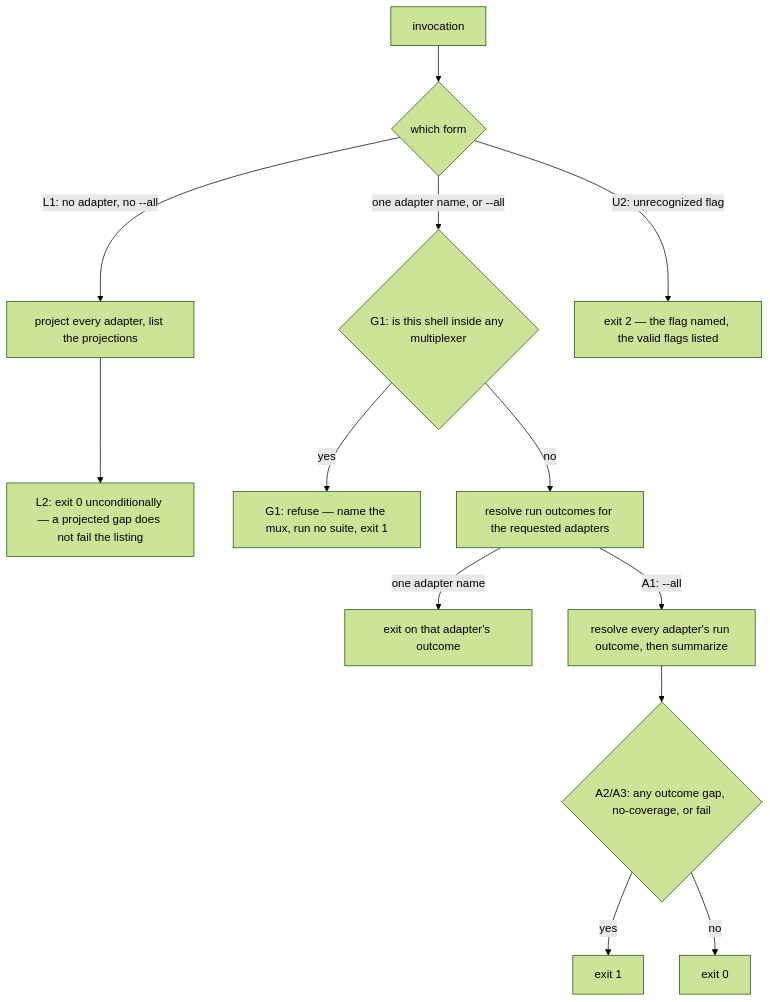
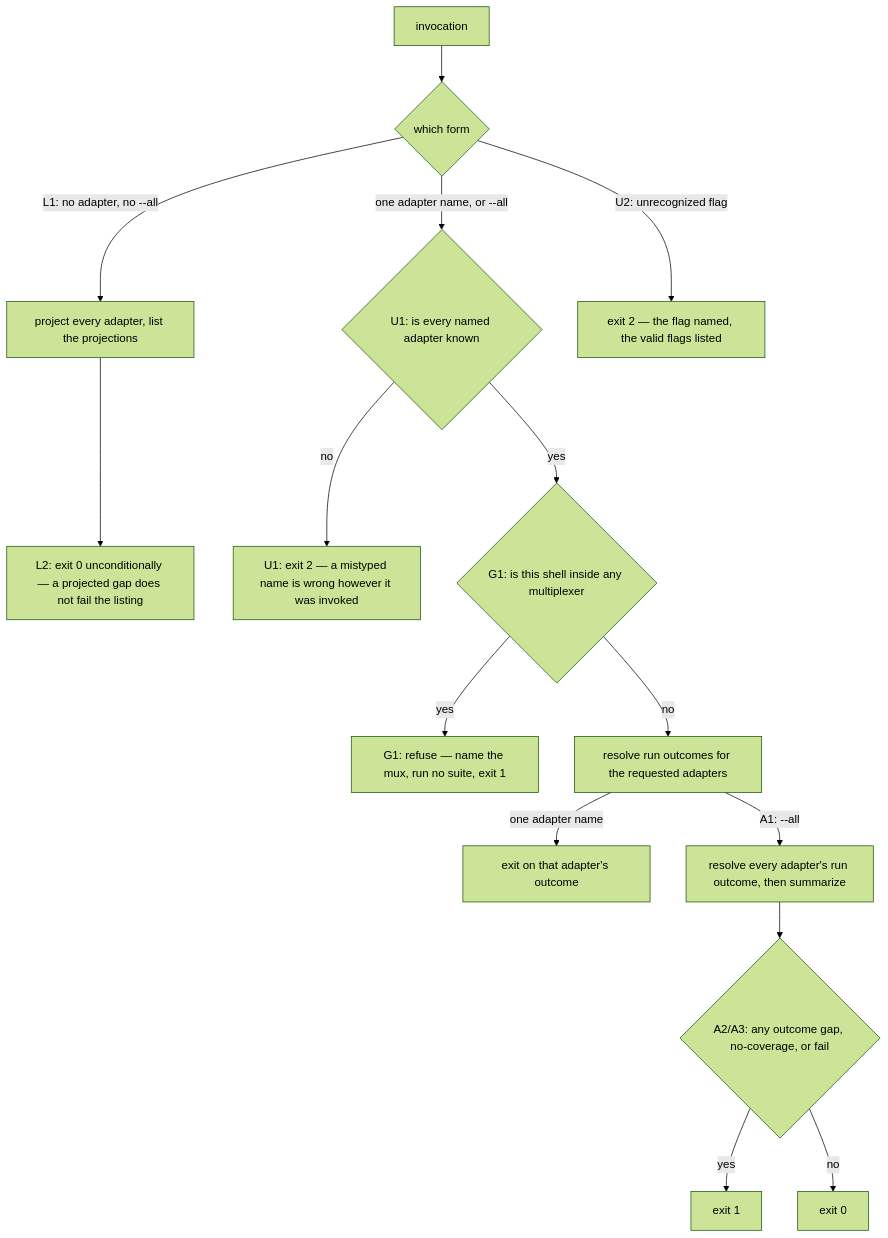
One commit to cyberuni/cyber-mux changed the fourth of 4 diagrams in packages/cyber-mux/.agents/spec/conformance/README.md. Above: the diagram before and after it, drawn with Mermaid (forest theme). The commit also changed other lines of this file and 4 other files, not shown here.

````diff
--- a/packages/cyber-mux/.agents/spec/conformance/README.md
+++ b/packages/cyber-mux/.agents/spec/conformance/README.md
@@ -225,15 +225,17 @@
 ```mermaid
 graph TD
   ARGS["invocation"] --> M{"which form"}
   M -->|"L1: no adapter, no --all"| LIST["project every adapter, list the projections"]
   LIST --> L2["L2: exit 0 unconditionally — a projected gap does not fail the listing"]
-  M -->|"one adapter name, or --all"| G{"G1: is this shell inside any multiplexer"}
+  M -->|"one adapter name, or --all"| U1{"U1: is every named adapter known"}
+  U1 -->|"no"| UNKNOWN["U1: exit 2 — a mistyped name is wrong however it was invoked"]
+  U1 -->|"yes"| G{"G1: is this shell inside any multiplexer"}
   G -->|"yes"| REFUSE["G1: refuse — name the mux, run no suite, exit 1"]
   G -->|"no"| ONE["resolve run outcomes for the requested adapters"]
   ONE -->|"one adapter name"| SINGLE["exit on that adapter's outcome"]
   ONE -->|"A1: --all"| ALL["resolve every adapter's run outcome, then summarize"]
   ALL --> AGG{"A2/A3: any outcome gap, no-coverage, or fail"}
   AGG -->|"yes"| A2["exit 1"]
   AGG -->|"no"| A3["exit 0"]
   M -->|"U2: unrecognized flag"| UF["exit 2 — the flag named, the valid flags listed"]
 ```
````
